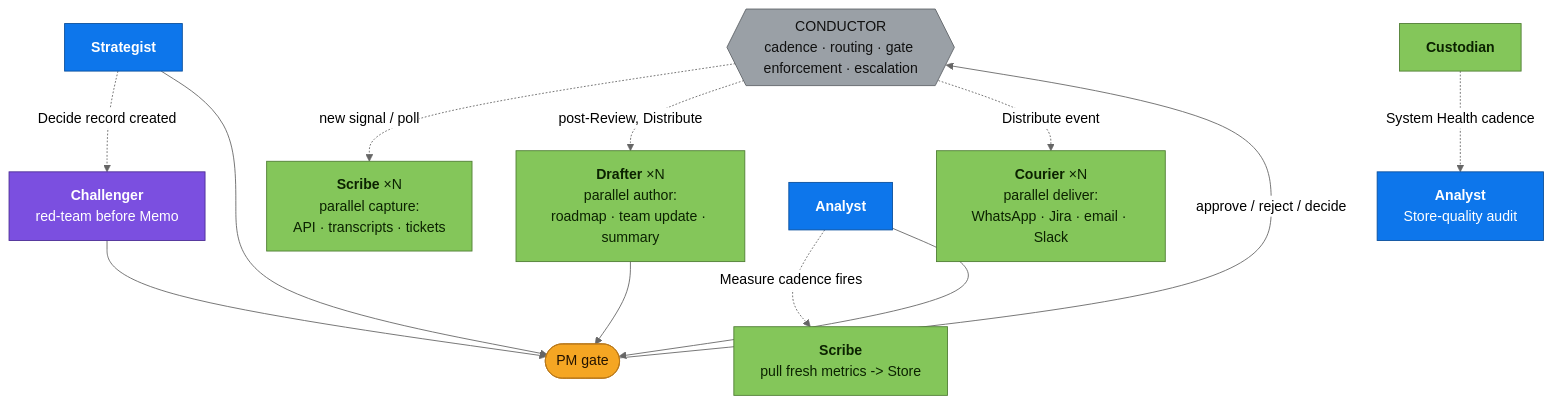
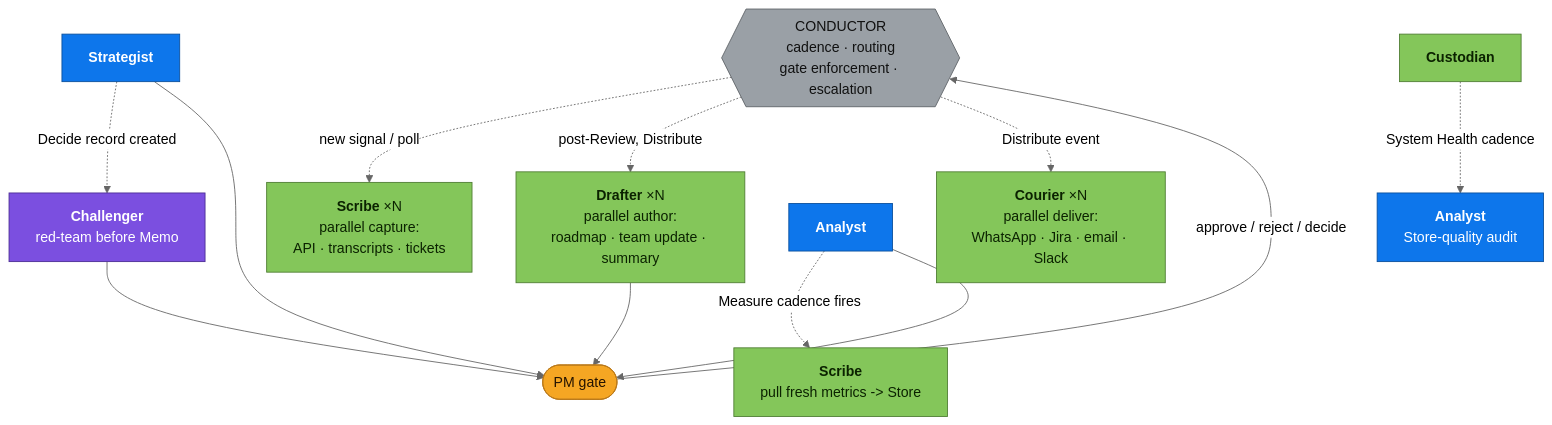
The fifth of 9 diagrams in README.md (jesscancode/ai-product-framework), drawn with Mermaid (neutral theme) before and after one commit. The commit also changed other lines of this file, not shown here.

````diff
--- a/README.md
+++ b/README.md
@@ -348,24 +353,24 @@
 ```mermaid
 flowchart TB
-    COND{{"CONDUCTOR<br/>cadence · routing · gate enforcement · escalation"}}:::infra
+    COND{{"CONDUCTOR<br/>cadence · routing<br/>gate enforcement · escalation"}}:::infra
 
     COND -.->|new signal / poll| SC1["<b>Scribe</b> ×N<br/>parallel capture:<br/>API · transcripts · tickets"]:::green
     COND -.->|post-Review, Distribute| DR1["<b>Drafter</b> ×N<br/>parallel author:<br/>roadmap · team update · summary"]:::green
     COND -.->|Distribute event| CO1["<b>Courier</b> ×N<br/>parallel deliver:<br/>WhatsApp · Jira · email · Slack"]:::green
 
     ST["<b>Strategist</b>"]:::blue -.->|Decide record created| CH["<b>Challenger</b><br/>red-team before Memo"]:::span
     AN["<b>Analyst</b>"]:::blue -.->|Measure cadence fires| SC2["<b>Scribe</b><br/>pull fresh metrics -> Store"]:::green
     CU["<b>Custodian</b>"]:::green -.->|System Health cadence| AN2["<b>Analyst</b><br/>Store-quality audit"]:::blue
 
     CH --> PM(["PM gate"]):::human
     DR1 --> PM
     ST --> PM
     AN --> PM
     PM -->|approve / reject / decide| COND
 
     classDef green fill:#84c65a,stroke:#4f7d33,color:#0b2200;
     classDef blue fill:#0d76eb,stroke:#0a4f9c,color:#ffffff;
     classDef span fill:#7b4fe0,stroke:#4b2c94,color:#ffffff;
     classDef infra fill:#9aa0a6,stroke:#5f6368,color:#111111;
     classDef human fill:#f5a623,stroke:#b9781a,color:#241300;
 ```
````
